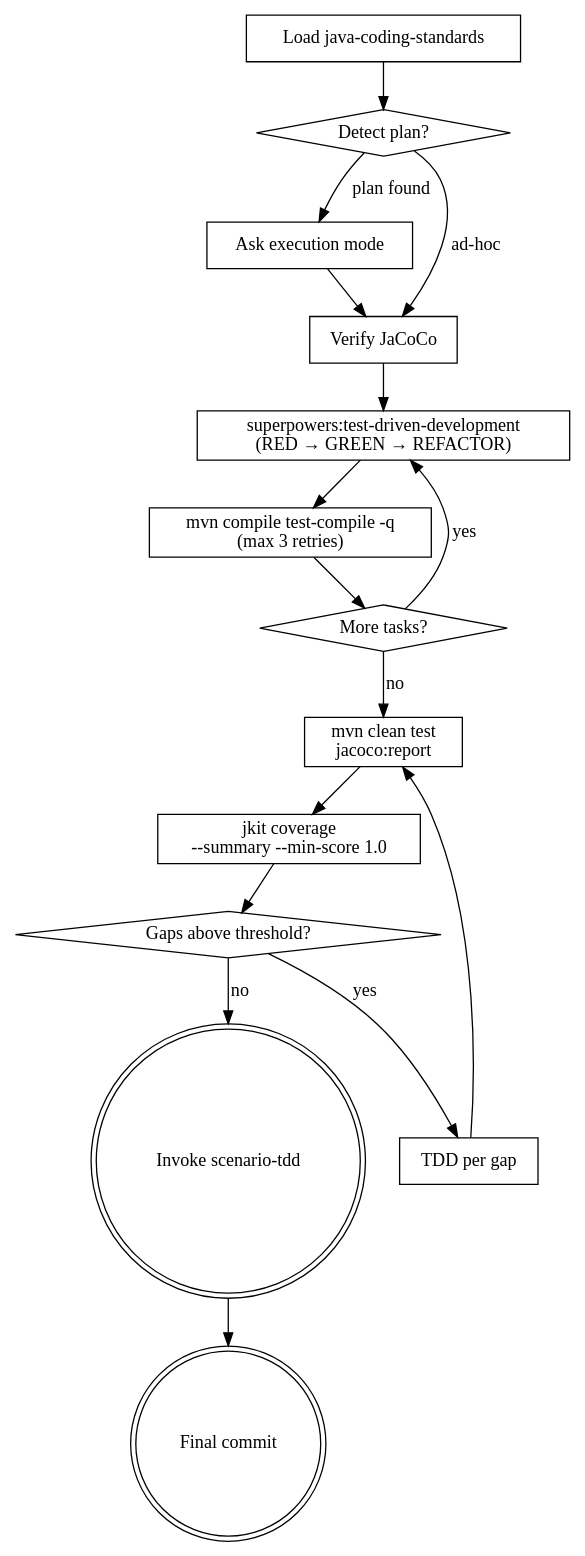
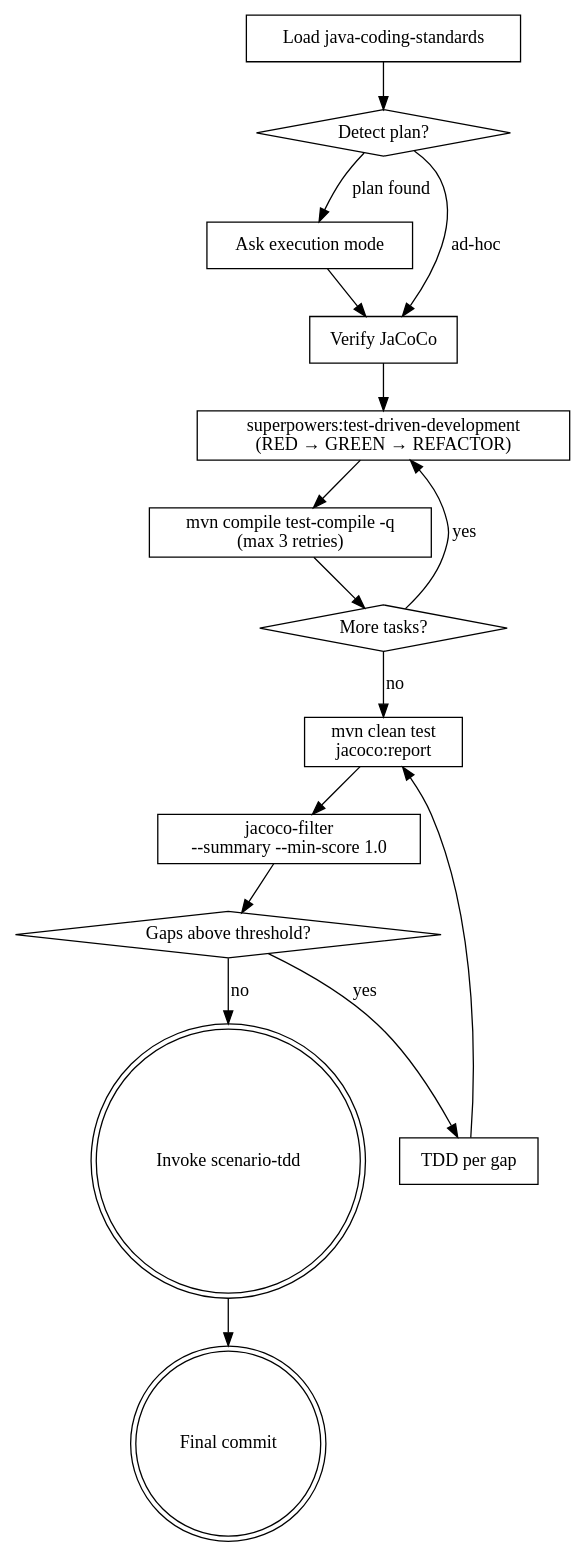
The diagram in skills/java-tdd/SKILL.md (honghaowuu/jkit), drawn with Graphviz before and after one commit. The commit also changed other lines of this file, not shown here.

Commit message:
chore: migrate java-tdd from jkit coverage to jacoco-filter

````diff
--- a/skills/java-tdd/SKILL.md
+++ b/skills/java-tdd/SKILL.md
@@ -60,33 +60,33 @@
 ```dot
 digraph java_tdd {
     "Load java-coding-standards" [shape=box];
     "Detect plan?" [shape=diamond];
     "Ask execution mode" [shape=box];
     "Verify JaCoCo" [shape=box];
     "superpowers:test-driven-development\n(RED → GREEN → REFACTOR)" [shape=box];
     "mvn compile test-compile -q\n(max 3 retries)" [shape=box];
     "mvn clean test\njacoco:report" [shape=box];
-    "jkit coverage\n--summary --min-score 1.0" [shape=box];
+    "jacoco-filter\n--summary --min-score 1.0" [shape=box];
     "Gaps above threshold?" [shape=diamond];
     "TDD per gap" [shape=box];
     "More tasks?" [shape=diamond];
     "Invoke scenario-tdd" [shape=doublecircle];
     "Final commit" [shape=doublecircle];
 
     "Load java-coding-standards" -> "Detect plan?";
     "Detect plan?" -> "Ask execution mode" [label="plan found"];
     "Detect plan?" -> "Verify JaCoCo" [label="ad-hoc"];
     "Ask execution mode" -> "Verify JaCoCo";
     "Verify JaCoCo" -> "superpowers:test-driven-development\n(RED → GREEN → REFACTOR)";
     "superpowers:test-driven-development\n(RED → GREEN → REFACTOR)" -> "mvn compile test-compile -q\n(max 3 retries)";
     "mvn compile test-compile -q\n(max 3 retries)" -> "More tasks?";
     "More tasks?" -> "superpowers:test-driven-development\n(RED → GREEN → REFACTOR)" [label="yes"];
     "More tasks?" -> "mvn clean test\njacoco:report" [label="no"];
-    "mvn clean test\njacoco:report" -> "jkit coverage\n--summary --min-score 1.0";
-    "jkit coverage\n--summary --min-score 1.0" -> "Gaps above threshold?";
+    "mvn clean test\njacoco:report" -> "jacoco-filter\n--summary --min-score 1.0";
+    "jacoco-filter\n--summary --min-score 1.0" -> "Gaps above threshold?";
     "Gaps above threshold?" -> "TDD per gap" [label="yes"];
     "TDD per gap" -> "mvn clean test\njacoco:report";
     "Gaps above threshold?" -> "Invoke scenario-tdd" [label="no"];
     "Invoke scenario-tdd" -> "Final commit";
 }
 ```
````
